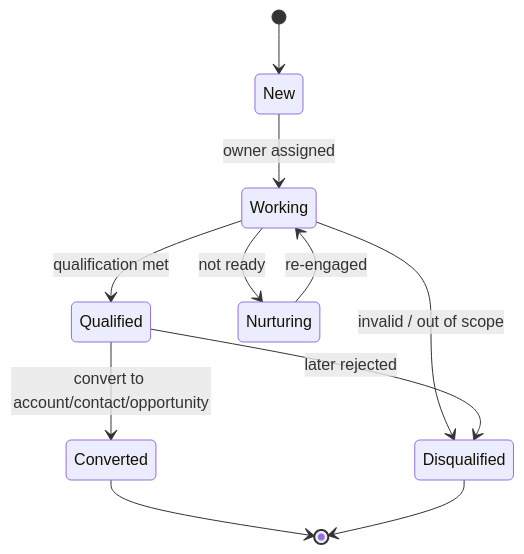
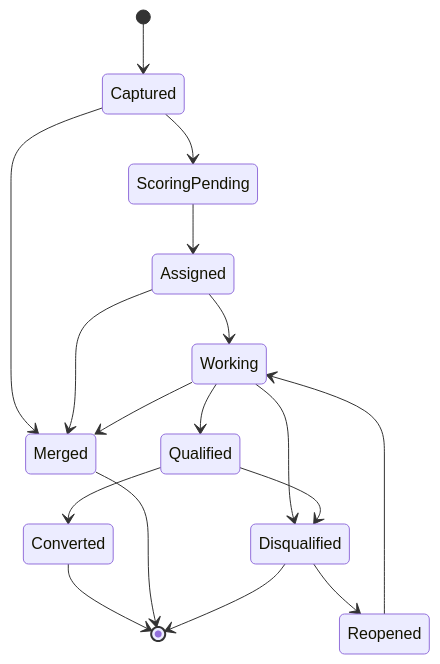
One commit to 0Ankit0/Project-Ideas changed the first of 6 diagrams in Customer Relationship Management Platform/detailed-design/state-machine-diagrams.md. Above: the diagram before and after it, drawn with Mermaid. The commit also changed other lines of this file and 17 other files, not shown here.

````diff
--- a/Customer Relationship Management Platform/detailed-design/state-machine-diagrams.md
+++ b/Customer Relationship Management Platform/detailed-design/state-machine-diagrams.md
@@ -4,13 +11,19 @@
 ```mermaid
 stateDiagram-v2
-    [*] --> New
-    New --> Working: owner assigned
-    Working --> Qualified: qualification met
-    Working --> Nurturing: not ready
-    Working --> Disqualified: invalid / out of scope
-    Nurturing --> Working: re-engaged
-    Qualified --> Converted: convert to account/contact/opportunity
-    Qualified --> Disqualified: later rejected
+    [*] --> Captured
+    Captured --> ScoringPending
+    ScoringPending --> Assigned
+    Assigned --> Working
+    Working --> Qualified
+    Working --> Disqualified
+    Qualified --> Converted
+    Qualified --> Disqualified
+    Captured --> Merged
+    Assigned --> Merged
+    Working --> Merged
+    Disqualified --> Reopened
+    Reopened --> Working
     Converted --> [*]
+    Merged --> [*]
     Disqualified --> [*]
 ```
````
